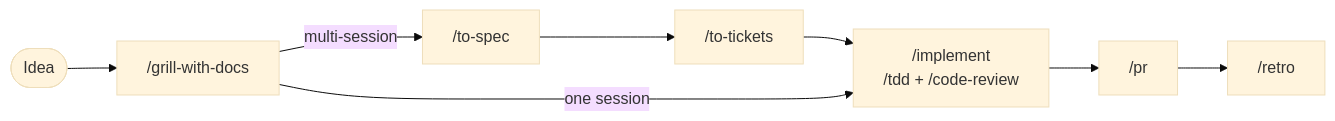
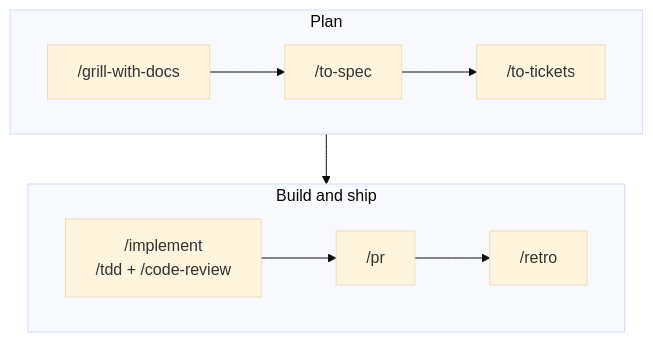
The first of 2 diagrams in README.md (dev-soprasteriano/alf), drawn with Mermaid (base theme) before and after one commit. The commit also changed other lines of this file, not shown here.

Commit message:
Fit README diagrams beside the Mermaid controls

````diff
--- a/README.md
+++ b/README.md
@@ -59,10 +59,12 @@
 ```mermaid
-flowchart LR
-    idea([Idea]) --> grill["/grill-with-docs"]
-    grill -->|multi-session| spec["/to-spec"]
-    spec --> tickets["/to-tickets"]
-    tickets --> implement
-    grill -->|one session| implement["/implement<br>/tdd + /code-review"]
-    implement --> pr["/pr"]
-    pr --> retro["/retro"]
+flowchart TD
+    subgraph plan [Plan]
+        direction LR
+        grill["/grill-with-docs"] --> spec["/to-spec"] --> tickets["/to-tickets"]
+    end
+    subgraph ship [Build and ship]
+        direction LR
+        implement["/implement<br>/tdd + /code-review"] --> pr["/pr"] --> retro["/retro"]
+    end
+    plan --> ship
 ```
````
